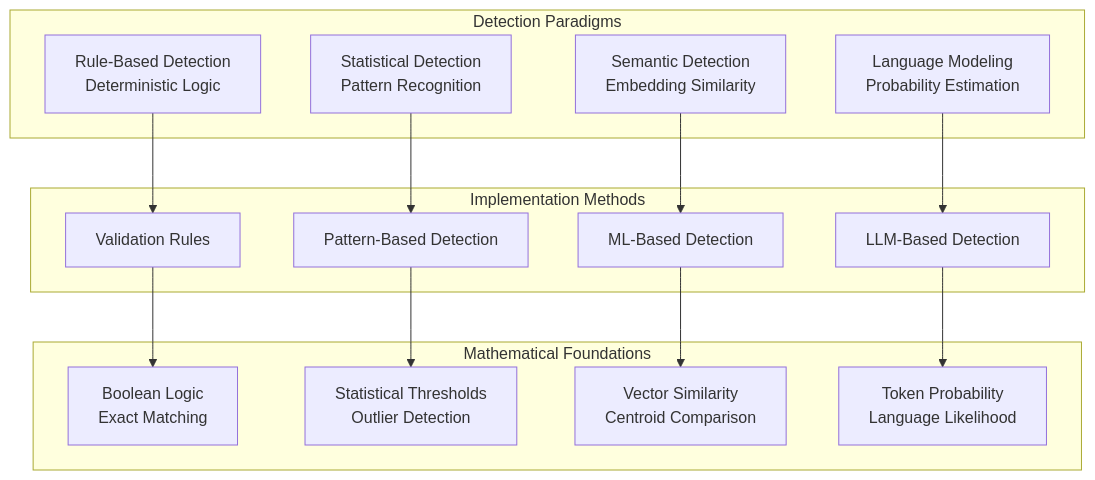
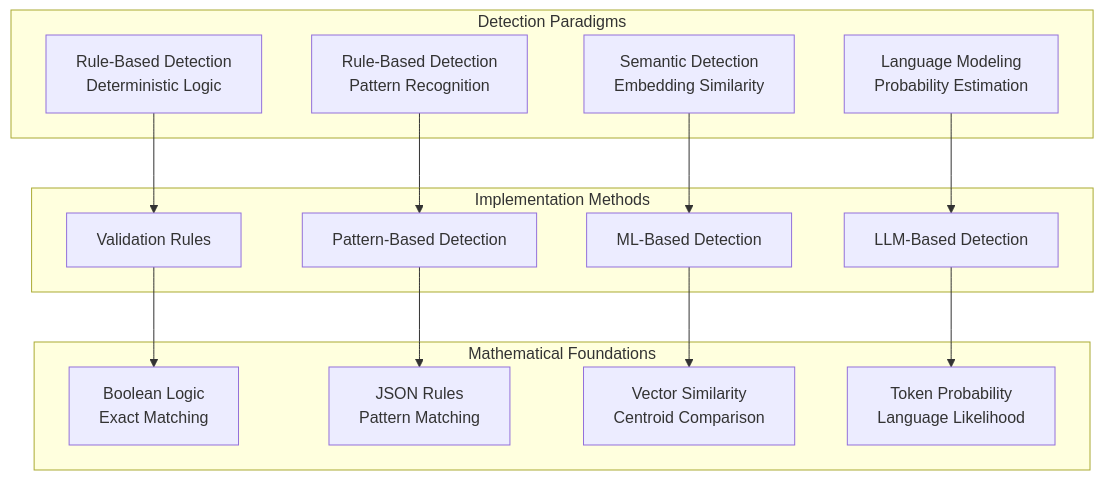
One commit to xafron-bv/data-quality-monitoring changed the second of 3 diagrams in docs/detection-methods/overview.md. Above: the diagram before and after it, drawn with Mermaid. The commit also changed 6 other files, not shown here.

Commit message:
Refactor pattern detection to use JSON rules and known value matching

````diff
--- a/docs/detection-methods/overview.md
+++ b/docs/detection-methods/overview.md
@@ -42,23 +42,23 @@
 ```mermaid
 graph TD
     subgraph "Detection Paradigms"
         A[Rule-Based Detection<br/>Deterministic Logic]
-        B[Statistical Detection<br/>Pattern Recognition]
+        B[Rule-Based Detection<br/>Pattern Recognition]
         C[Semantic Detection<br/>Embedding Similarity]
         D[Language Modeling<br/>Probability Estimation]
     end
     
     subgraph "Implementation Methods"
         A --> A1[Validation Rules]
         B --> B1[Pattern-Based Detection]
         C --> C1[ML-Based Detection]
         D --> D1[LLM-Based Detection]
     end
     
     subgraph "Mathematical Foundations"
         A1 --> A2[Boolean Logic<br/>Exact Matching]
-        B1 --> B2[Statistical Thresholds<br/>Outlier Detection]
+        B1 --> B2[JSON Rules<br/>Pattern Matching]
         C1 --> C2[Vector Similarity<br/>Centroid Comparison]
         D1 --> D2[Token Probability<br/>Language Likelihood]
     end
 ```
````
